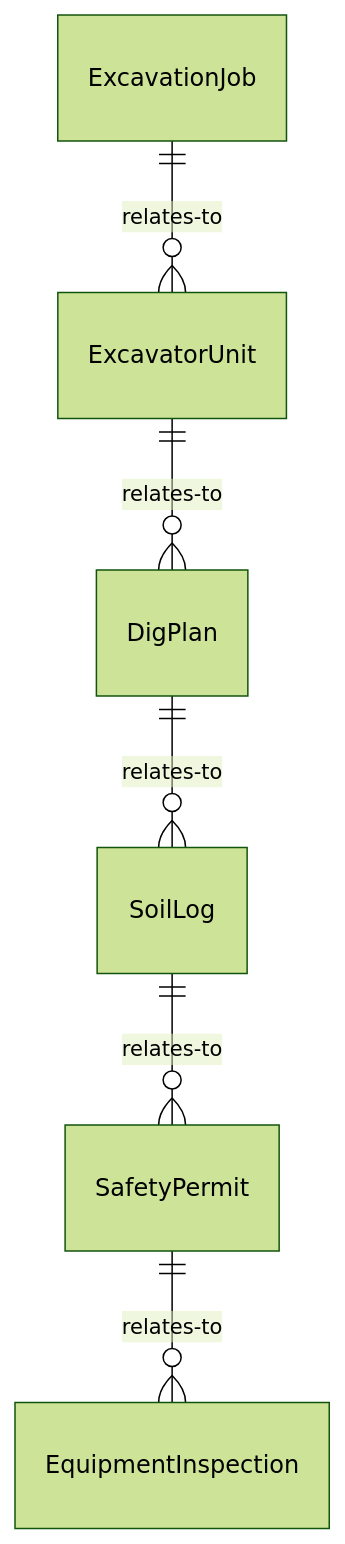
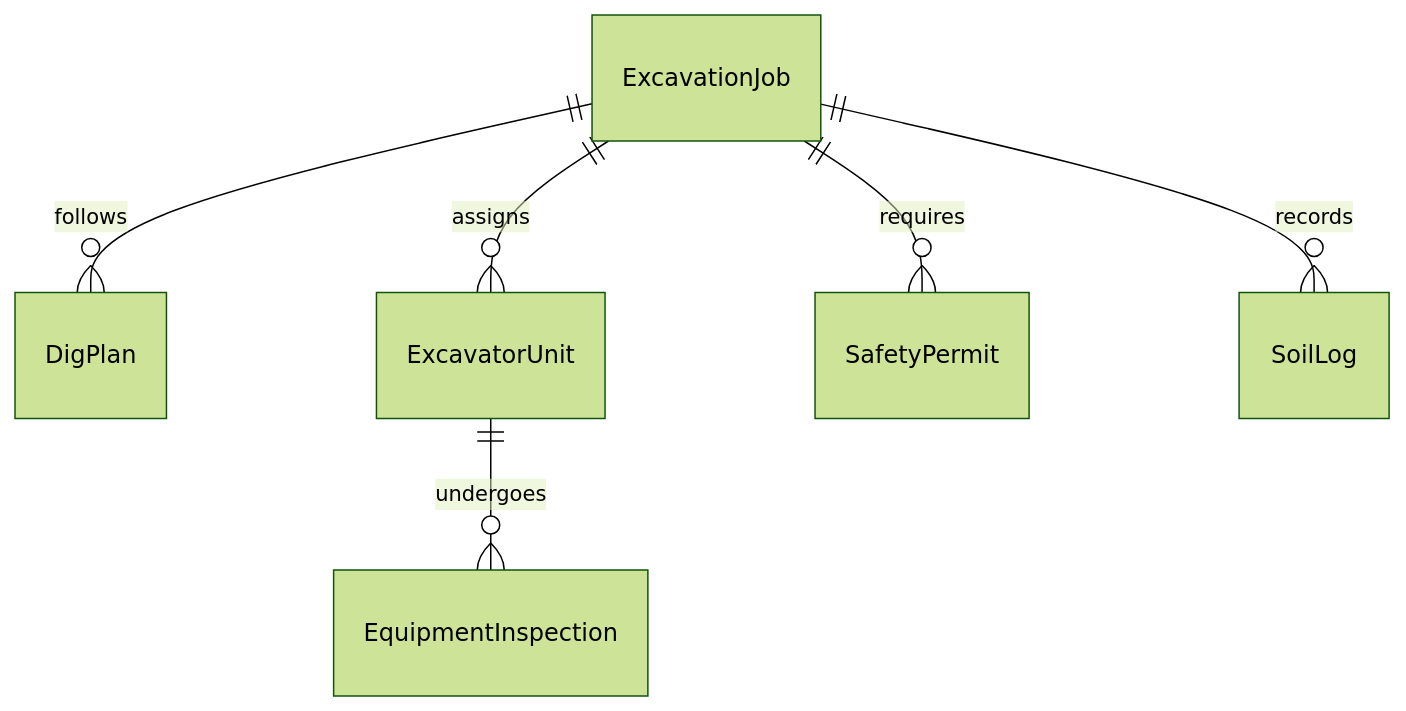
The first of 4 diagrams in ControllingMachinesAndProcesses/OperateConstructionOrExcavationEquipment/OperateExcavationEquipment.mdx (dot-org-ai/tasks.org.ai), drawn with Mermaid (forest theme) before and after one commit. The commit also changed other lines of this file and 515 other files, not shown here.

````diff
--- a/ControllingMachinesAndProcesses/OperateConstructionOrExcavationEquipment/OperateExcavationEquipment.mdx
+++ b/ControllingMachinesAndProcesses/OperateConstructionOrExcavationEquipment/OperateExcavationEquipment.mdx
@@ -87,8 +87,8 @@
 ```mermaid
 erDiagram
-    ExcavationJob ||--o{ ExcavatorUnit : relates-to
-    ExcavatorUnit ||--o{ DigPlan : relates-to
-    DigPlan ||--o{ SoilLog : relates-to
-    SoilLog ||--o{ SafetyPermit : relates-to
-    SafetyPermit ||--o{ EquipmentInspection : relates-to
+    ExcavationJob ||--o{ DigPlan : follows
+    ExcavationJob ||--o{ ExcavatorUnit : assigns
+    ExcavationJob ||--o{ SafetyPermit : requires
+    ExcavatorUnit ||--o{ EquipmentInspection : undergoes
+    ExcavationJob ||--o{ SoilLog : records
 ```
````
